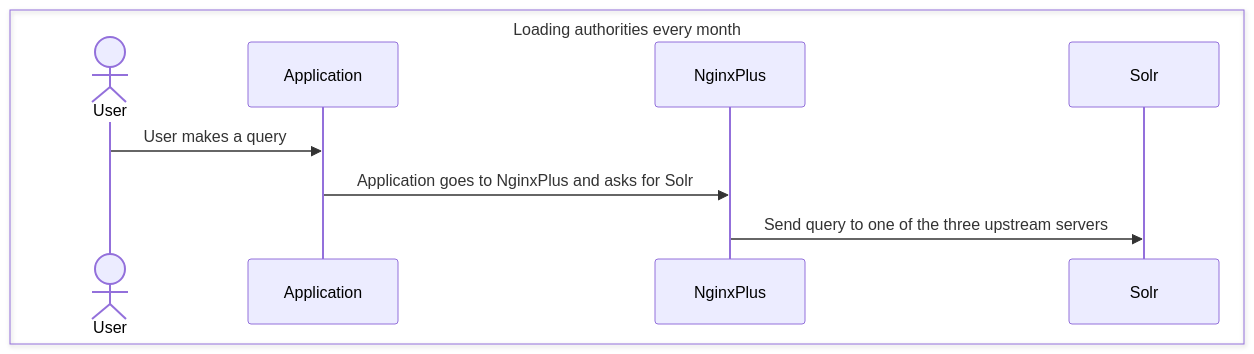
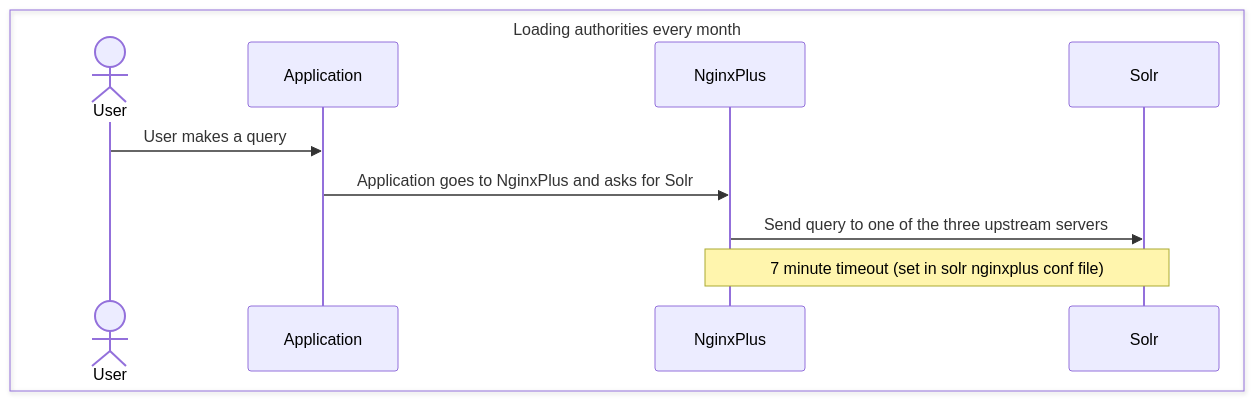
One commit to pulibrary/pul_solr changed the diagram in docs/network_flow.md. Above: the diagram before and after it, drawn with Mermaid. The commit also changed other lines of this file, not shown here.

Commit message:
Start filling in some timeout values

````diff
--- a/docs/network_flow.md
+++ b/docs/network_flow.md
@@ -6,14 +6,15 @@
 ```mermaid
 sequenceDiagram
     box Loading authorities every month
       actor User
       participant Application
       participant NginxPlus
       participant Solr
     end
         User->>Application: User makes a query
         Application->>NginxPlus: Application goes to NginxPlus and asks for Solr
         NginxPlus->>Solr: Send query to one of the three upstream servers
+        Note over NginxPlus,Solr: 7 minute timeout (set in solr nginxplus conf file)
 
 
 ```
````
